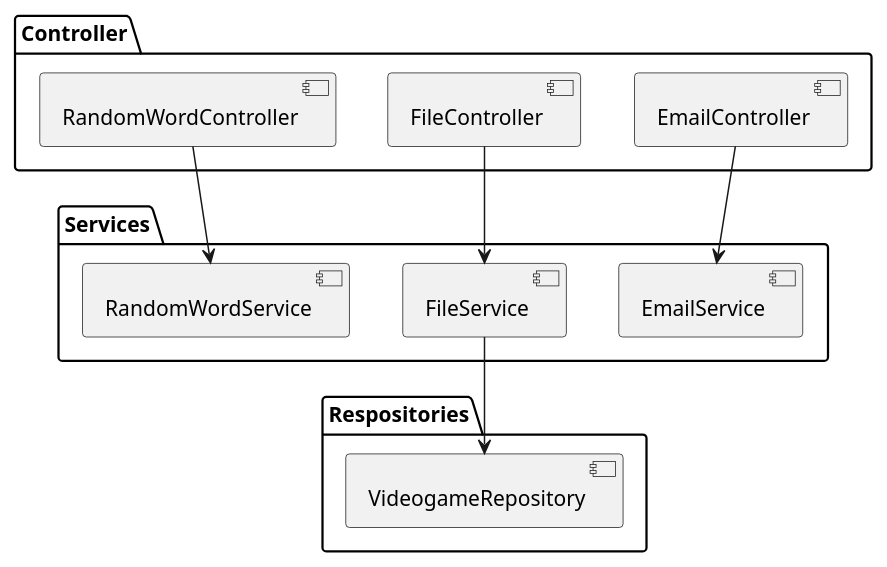
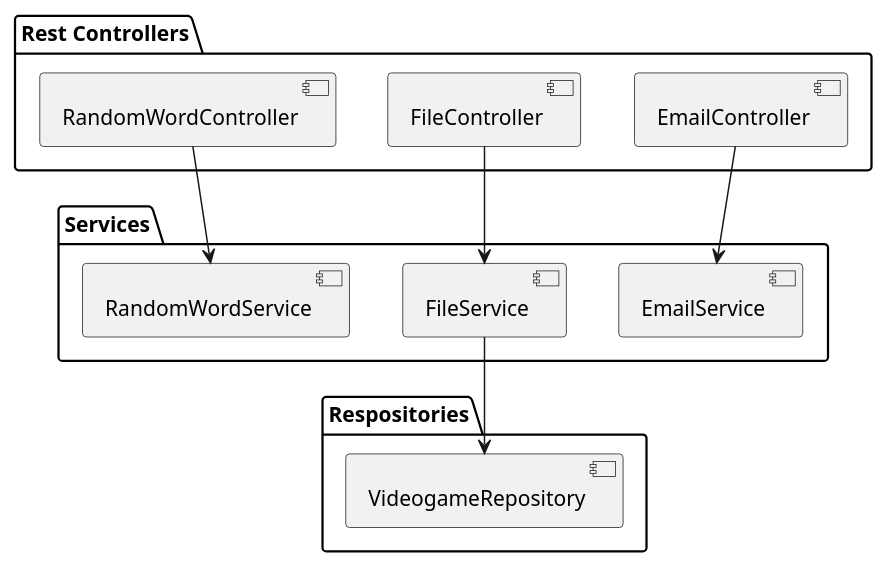
The diagram in devNestInternalService/src/main/resources/PlantUML/diagram.puml (darkops96/devNest), drawn with PlantUML before and after one commit.

```diff
--- a/devNestInternalService/src/main/resources/PlantUML/diagram.puml
+++ b/devNestInternalService/src/main/resources/PlantUML/diagram.puml
@@ -1,26 +1,26 @@
-@startuml devNest
+@startuml devNestInternalService
 
 package "Respositories"{
     component VideogameRepository
 }
 
 package "Services"{
     component EmailService 
     component FileService
     component RandomWordService
 
 }
 
-package "Controller"{
+package "Rest Controllers"{
     component EmailController 
     component FileController
     component RandomWordController
 }
 
 FileService --> VideogameRepository
 
 RandomWordController --> RandomWordService
 FileController --> FileService
 EmailController --> EmailService
 
 @enduml
```
